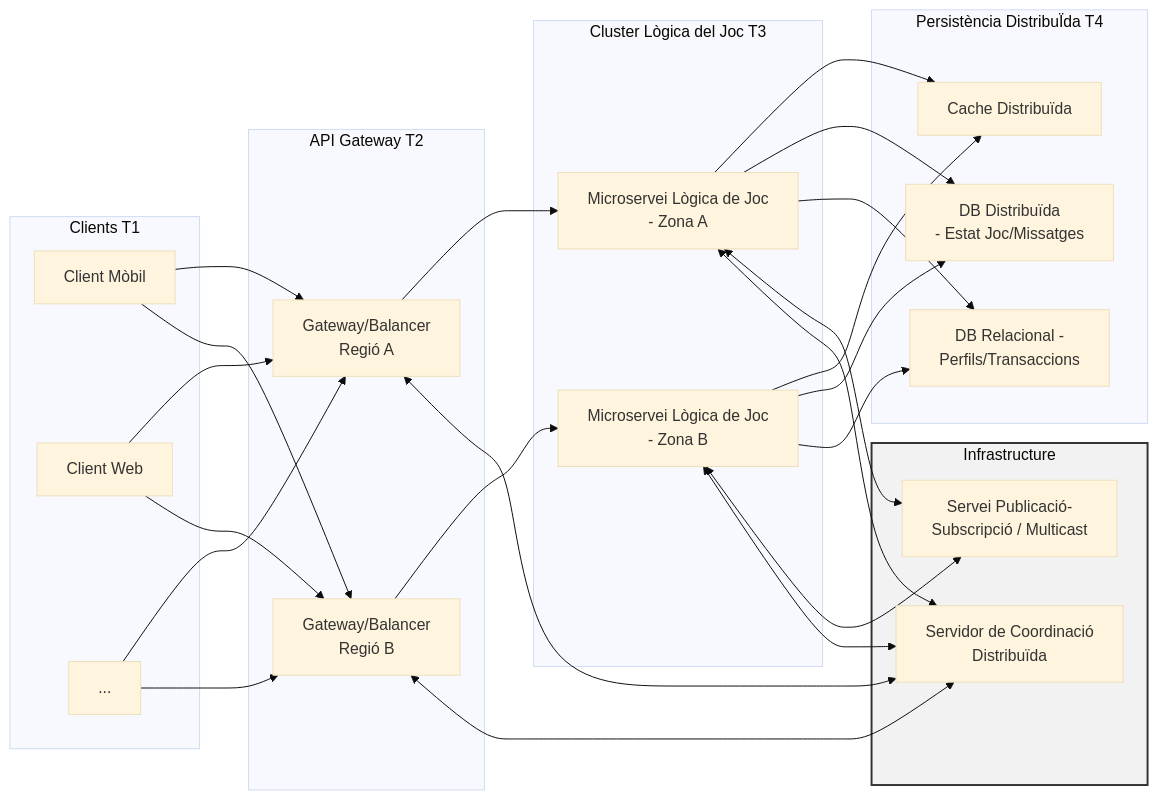
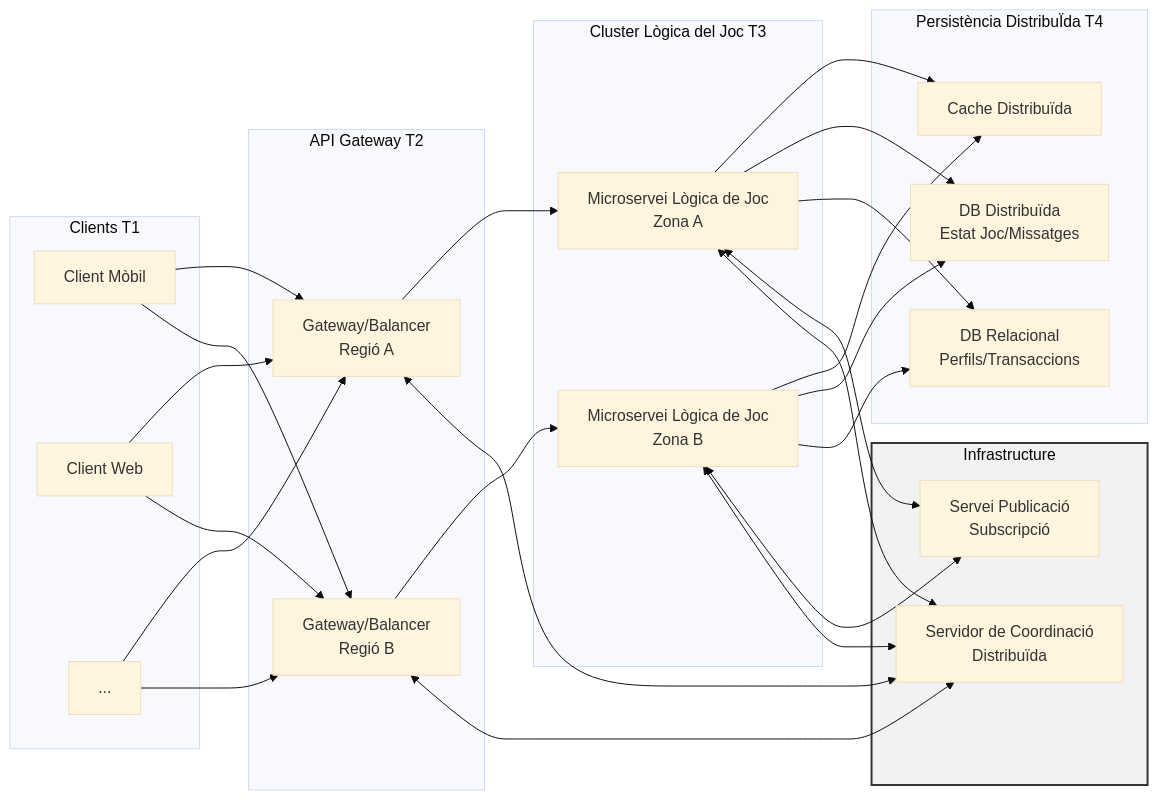
Before and after one commit to abolance/LocalizaMe: the diagram in PAC1_Ex5.md, drawn with Mermaid (base theme). The commit also changed other lines of this file, not shown here.

````diff
--- a/PAC1_Ex5.md
+++ b/PAC1_Ex5.md
@@ -1,47 +1,47 @@
 ```mermaid
 graph LR
     subgraph Clients T1
         C1["Client Mòbil"]
         C2["Client Web"]
         C3["..."]
     end
 
     subgraph API Gateway T2
         G1["Gateway/Balancer<br>Regió A"]
         G2["Gateway/Balancer<br>Regió B"]
     end
 
     subgraph Cluster Lògica del Joc T3
-        LGA["Microservei Lògica de Joc<br>- Zona A"]
-        LGB["Microservei Lògica de Joc<br>- Zona B"]
+        LGA["Microservei Lògica de Joc<br>Zona A"]
+        LGB["Microservei Lògica de Joc<br>Zona B"]
     end
     
     subgraph Infrastructure
         style Infrastructure fill:#f2f2f2,stroke:#333,stroke-width:2px
-        PSB["Servei Publicació-<br>Subscripció / Multicast"]
+        PSB["Servei Publicació<br>Subscripció"]
         COORD["Servidor de Coordinació<br>Distribuïda"]
     end
 
     subgraph Persistència DistribuÏda T4
         DCACHE["Cache Distribuïda"]
-        DDB["DB Distribuïda <br>- Estat Joc/Missatges"]
-        RDB["DB Relacional -<br>Perfils/Transaccions"]
+        DDB["DB Distribuïda<br>Estat Joc/Missatges"]
+        RDB["DB Relacional<br>Perfils/Transaccions"]
     end
 
     %% --- Conexiones del Flujo Principal ---
     C1 & C2 & C3 --> G1
     C1 & C2 & C3 --> G2
     
     G1 --> LGA
     G2 --> LGB
     
     LGA --> DCACHE & DDB & RDB
     LGB --> DCACHE & DDB & RDB
 
     %% --- Conexiones con la Infraestructura ---
     LGA <--> PSB
     LGB <--> PSB
     
     G1 & G2 <--> COORD
     LGA & LGB <--> COORD
 ```
````
